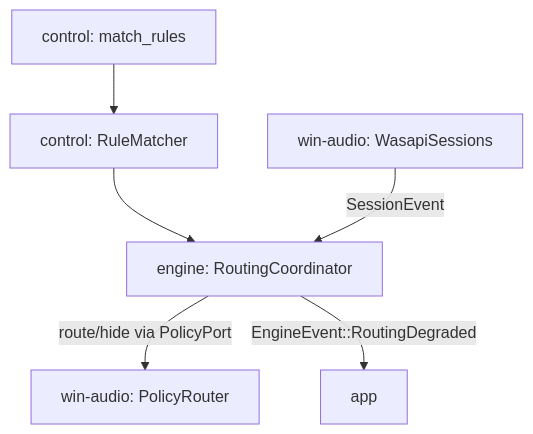
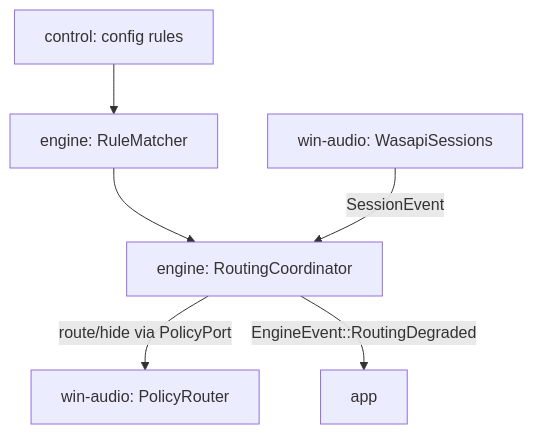
One commit to nschroeder8472/Splitstream changed the diagram in .lattice/context/session-routing.md. Above: the diagram before and after it, drawn with Mermaid. The commit also changed other lines of this file and 16 other files, not shown here.

````diff
--- a/.lattice/context/session-routing.md
+++ b/.lattice/context/session-routing.md
@@ -52,8 +58,8 @@
 ```mermaid
 graph TD
-    CFG[control: match_rules] --> RM[control: RuleMatcher]
+    CFG[control: config rules] --> RM[engine: RuleMatcher]
     RM --> RC[engine: RoutingCoordinator]
     WS[win-audio: WasapiSessions] -->|SessionEvent| RC
     RC -->|route/hide via PolicyPort| PR[win-audio: PolicyRouter]
     RC -->|EngineEvent::RoutingDegraded| APP[app]
 ```
````
